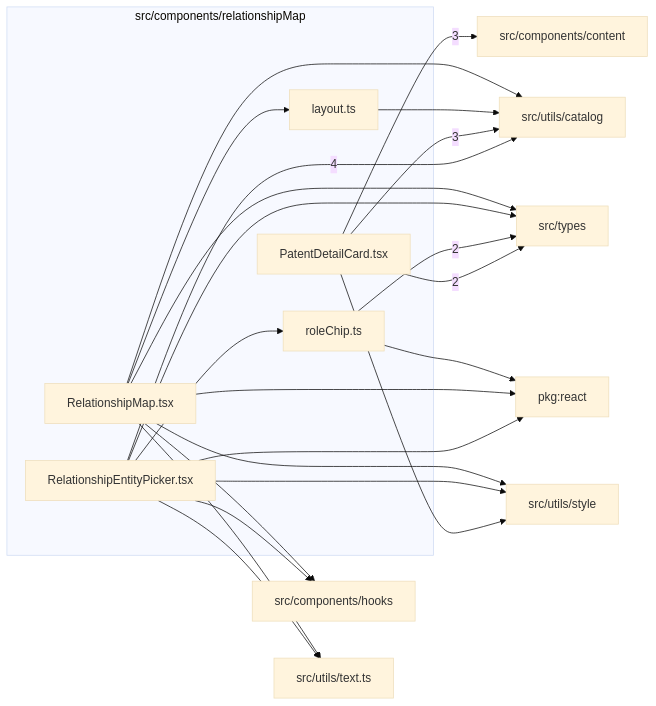
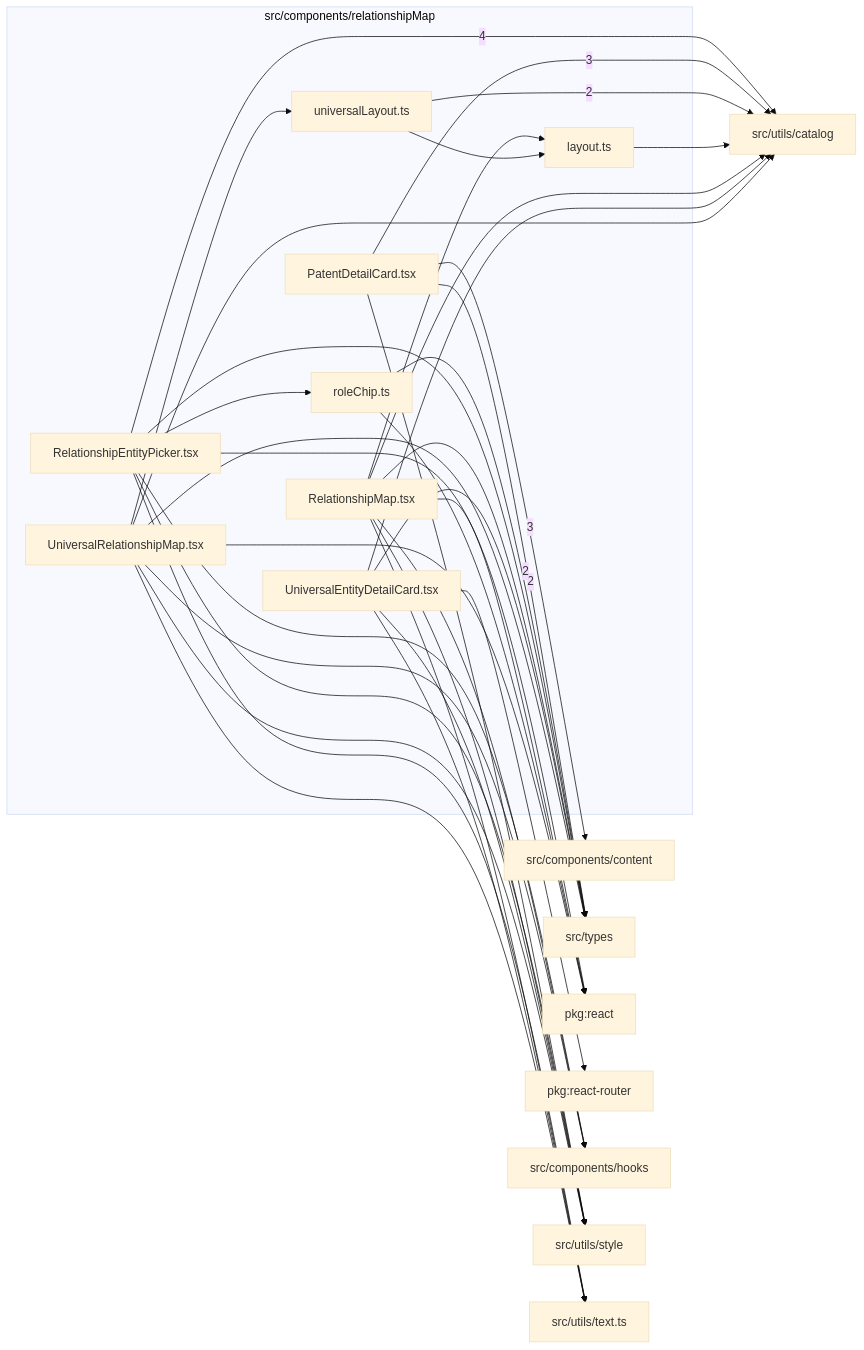
The diagram in src/components/relationshipMap/readme.md (ronbuening/LensVisualizer), drawn with Mermaid (base theme) before and after one commit. The commit also changed other lines of this file and 31 other files, not shown here.

Commit message:
Add universal patent relationship map

````diff
--- a/src/components/relationshipMap/readme.md
+++ b/src/components/relationshipMap/readme.md
@@ -9,38 +9,56 @@
 ```mermaid
 flowchart LR
   subgraph n_src_components_relationshipMap["src/components/relationshipMap"]
     n_src_components_relationshipMap_src_components_relationshipMap_layout_ts["layout.ts"]
     n_src_components_relationshipMap_src_components_relationshipMap_PatentDetailCard_tsx["PatentDetailCard.tsx"]
     n_src_components_relationshipMap_src_components_relationshipMap_RelationshipEntityPicker_tsx["RelationshipEntityPicker.tsx"]
     n_src_components_relationshipMap_src_components_relationshipMap_RelationshipMap_tsx["RelationshipMap.tsx"]
     n_src_components_relationshipMap_src_components_relationshipMap_roleChip_ts["roleChip.ts"]
+    n_src_components_relationshipMap_src_components_relationshipMap_UniversalEntityDetailCard_tsx["UniversalEntityDetailCard.tsx"]
+    n_src_components_relationshipMap_src_components_relationshipMap_universalLayout_ts["universalLayout.ts"]
+    n_src_components_relationshipMap_src_components_relationshipMap_UniversalRelationshipMap_tsx["UniversalRelationshipMap.tsx"]
   end
   n_external_src_utils_catalog["src/utils/catalog"]
   n_external_src_components_content["src/components/content"]
   n_external_src_types["src/types"]
   n_external_pkg_react["pkg:react"]
+  n_external_pkg_react_router["pkg:react-router"]
   n_external_src_components_hooks["src/components/hooks"]
   n_external_src_utils_style["src/utils/style"]
   n_external_src_utils_text_ts["src/utils/text.ts"]
   n_src_components_relationshipMap_src_components_relationshipMap_RelationshipEntityPicker_tsx --> |4| n_external_src_utils_catalog
   n_src_components_relationshipMap_src_components_relationshipMap_PatentDetailCard_tsx --> |3| n_external_src_components_content
   n_src_components_relationshipMap_src_components_relationshipMap_PatentDetailCard_tsx --> |3| n_external_src_utils_catalog
   n_src_components_relationshipMap_src_components_relationshipMap_PatentDetailCard_tsx --> |2| n_external_src_types
   n_src_components_relationshipMap_src_components_relationshipMap_roleChip_ts --> |2| n_external_src_types
+  n_src_components_relationshipMap_src_components_relationshipMap_universalLayout_ts --> |2| n_external_src_utils_catalog
   n_src_components_relationshipMap_src_components_relationshipMap_RelationshipEntityPicker_tsx --> n_external_pkg_react
   n_src_components_relationshipMap_src_components_relationshipMap_RelationshipMap_tsx --> n_external_pkg_react
   n_src_components_relationshipMap_src_components_relationshipMap_roleChip_ts --> n_external_pkg_react
+  n_src_components_relationshipMap_src_components_relationshipMap_UniversalRelationshipMap_tsx --> n_external_pkg_react
+  n_src_components_relationshipMap_src_components_relationshipMap_UniversalEntityDetailCard_tsx --> n_external_pkg_react_router
   n_src_components_relationshipMap_src_components_relationshipMap_RelationshipEntityPicker_tsx --> n_external_src_components_hooks
   n_src_components_relationshipMap_src_components_relationshipMap_RelationshipMap_tsx --> n_external_src_components_hooks
+  n_src_components_relationshipMap_src_components_relationshipMap_UniversalRelationshipMap_tsx --> n_external_src_components_hooks
   n_src_components_relationshipMap_src_components_relationshipMap_RelationshipEntityPicker_tsx --> n_external_src_types
   n_src_components_relationshipMap_src_components_relationshipMap_RelationshipMap_tsx --> n_external_src_types
+  n_src_components_relationshipMap_src_components_relationshipMap_UniversalEntityDetailCard_tsx --> n_external_src_types
+  n_src_components_relationshipMap_src_components_relationshipMap_UniversalRelationshipMap_tsx --> n_external_src_types
   n_src_components_relationshipMap_src_components_relationshipMap_layout_ts --> n_external_src_utils_catalog
   n_src_components_relationshipMap_src_components_relationshipMap_RelationshipMap_tsx --> n_external_src_utils_catalog
+  n_src_components_relationshipMap_src_components_relationshipMap_UniversalEntityDetailCard_tsx --> n_external_src_utils_catalog
+  n_src_components_relationshipMap_src_components_relationshipMap_UniversalRelationshipMap_tsx --> n_external_src_utils_catalog
   n_src_components_relationshipMap_src_components_relationshipMap_PatentDetailCard_tsx --> n_external_src_utils_style
   n_src_components_relationshipMap_src_components_relationshipMap_RelationshipEntityPicker_tsx --> n_external_src_utils_style
   n_src_components_relationshipMap_src_components_relationshipMap_RelationshipMap_tsx --> n_external_src_utils_style
+  n_src_components_relationshipMap_src_components_relationshipMap_UniversalEntityDetailCard_tsx --> n_external_src_utils_style
+  n_src_components_relationshipMap_src_components_relationshipMap_UniversalRelationshipMap_tsx --> n_external_src_utils_style
   n_src_components_relationshipMap_src_components_relationshipMap_RelationshipEntityPicker_tsx --> n_external_src_utils_text_ts
   n_src_components_relationshipMap_src_components_relationshipMap_RelationshipMap_tsx --> n_external_src_utils_text_ts
+  n_src_components_relationshipMap_src_components_relationshipMap_UniversalEntityDetailCard_tsx --> n_external_src_utils_text_ts
+  n_src_components_relationshipMap_src_components_relationshipMap_UniversalRelationshipMap_tsx --> n_external_src_utils_text_ts
   n_src_components_relationshipMap_src_components_relationshipMap_RelationshipMap_tsx --> n_src_components_relationshipMap_src_components_relationshipMap_layout_ts
+  n_src_components_relationshipMap_src_components_relationshipMap_universalLayout_ts --> n_src_components_relationshipMap_src_components_relationshipMap_layout_ts
   n_src_components_relationshipMap_src_components_relationshipMap_RelationshipEntityPicker_tsx --> n_src_components_relationshipMap_src_components_relationshipMap_roleChip_ts
+  n_src_components_relationshipMap_src_components_relationshipMap_UniversalRelationshipMap_tsx --> n_src_components_relationshipMap_src_components_relationshipMap_universalLayout_ts
 ```
````
